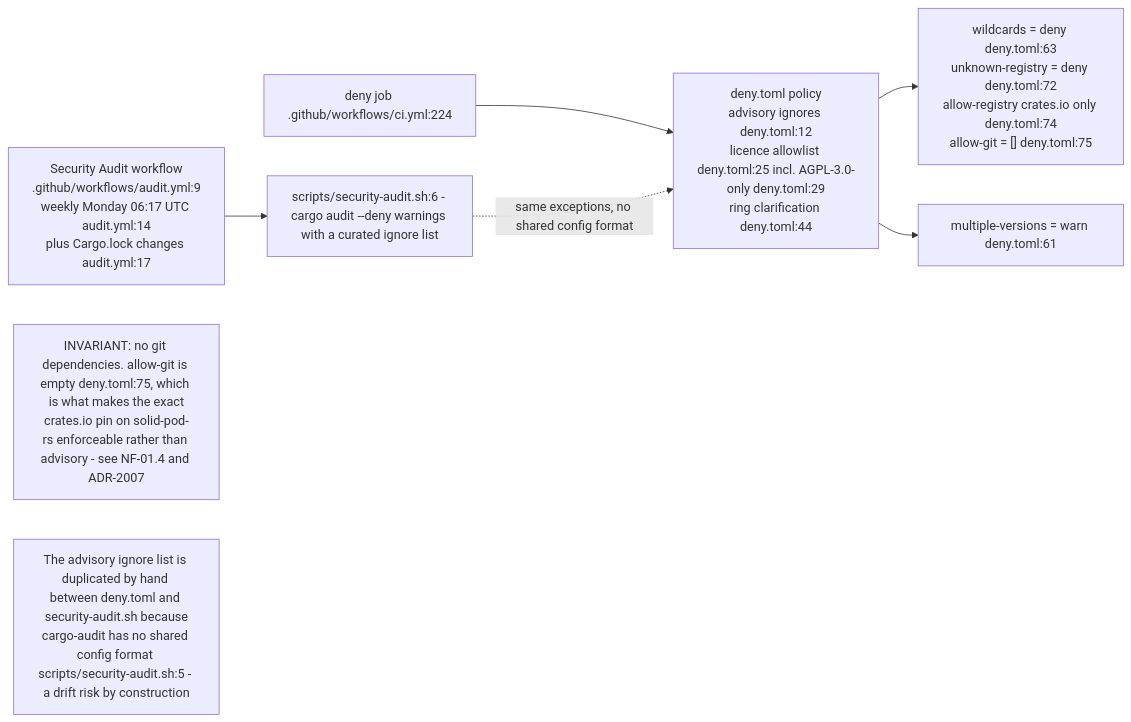
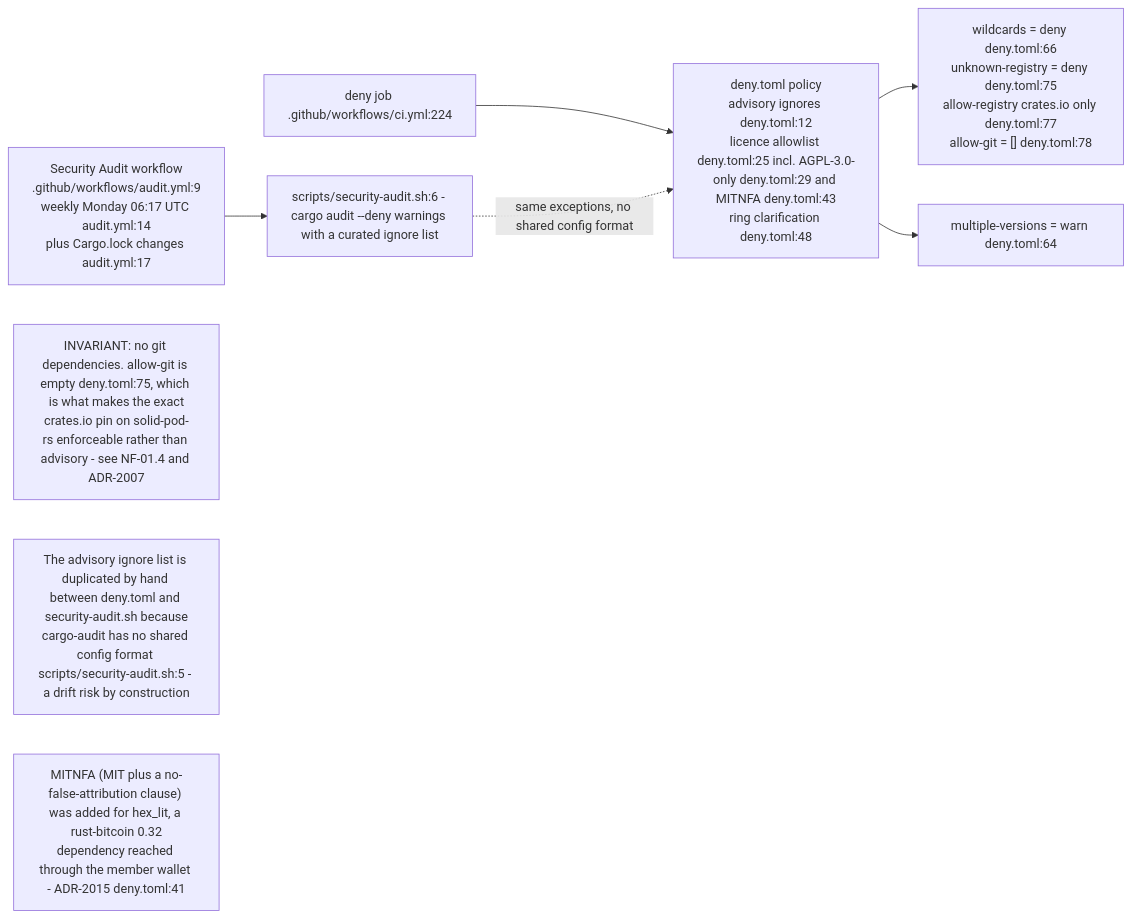
Before and after one commit to DreamLab-AI/VisionFlow: the second of 9 diagrams in docs/diagrams/nostr-rust-forum/09-ci-deploy-canary-and-validation.md, drawn with Mermaid. The commit also changed other lines of this file and 136 other files, not shown here.

First line of the commit message:
docs(diagrams): refresh the whole corpus to code HEAD and prune low-value diagrams

````diff
--- a/docs/diagrams/nostr-rust-forum/09-ci-deploy-canary-and-validation.md
+++ b/docs/diagrams/nostr-rust-forum/09-ci-deploy-canary-and-validation.md
@@ -63,17 +63,18 @@
 ```mermaid
 flowchart LR
     DENYJ["deny job .github/workflows/ci.yml:224"]
     AUD["Security Audit workflow<br/>.github/workflows/audit.yml:9<br/>weekly Monday 06:17 UTC audit.yml:14<br/>plus Cargo.lock changes audit.yml:17"]
     SH["scripts/security-audit.sh:6 - cargo audit --deny warnings with a curated ignore list"]
-    POL["deny.toml policy<br/>advisory ignores deny.toml:12<br/>licence allowlist deny.toml:25 incl. AGPL-3.0-only deny.toml:29<br/>ring clarification deny.toml:44"]
-    HARD["wildcards = deny deny.toml:63<br/>unknown-registry = deny deny.toml:72<br/>allow-registry crates.io only deny.toml:74<br/>allow-git = [] deny.toml:75"]
-    SOFT["multiple-versions = warn deny.toml:61"]
+    POL["deny.toml policy<br/>advisory ignores deny.toml:12<br/>licence allowlist deny.toml:25 incl. AGPL-3.0-only deny.toml:29 and MITNFA deny.toml:43<br/>ring clarification deny.toml:48"]
+    HARD["wildcards = deny deny.toml:66<br/>unknown-registry = deny deny.toml:75<br/>allow-registry crates.io only deny.toml:77<br/>allow-git = [] deny.toml:78"]
+    SOFT["multiple-versions = warn deny.toml:64"]
 
     DENYJ --> POL --> HARD
     POL --> SOFT
     AUD --> SH
     SH -.->|"same exceptions, no shared config format"| POL
 
     N1["INVARIANT: no git dependencies. allow-git is empty deny.toml:75, which is what makes the exact<br/>crates.io pin on solid-pod-rs enforceable rather than advisory - see NF-01.4 and ADR-2007"]
     N2["The advisory ignore list is duplicated by hand between deny.toml and security-audit.sh because<br/>cargo-audit has no shared config format scripts/security-audit.sh:5 - a drift risk by construction"]
+    N3["MITNFA (MIT plus a no-false-attribution clause) was added for hex_lit, a rust-bitcoin 0.32<br/>dependency reached through the member wallet - ADR-2015 deny.toml:41"]
 ```
````
